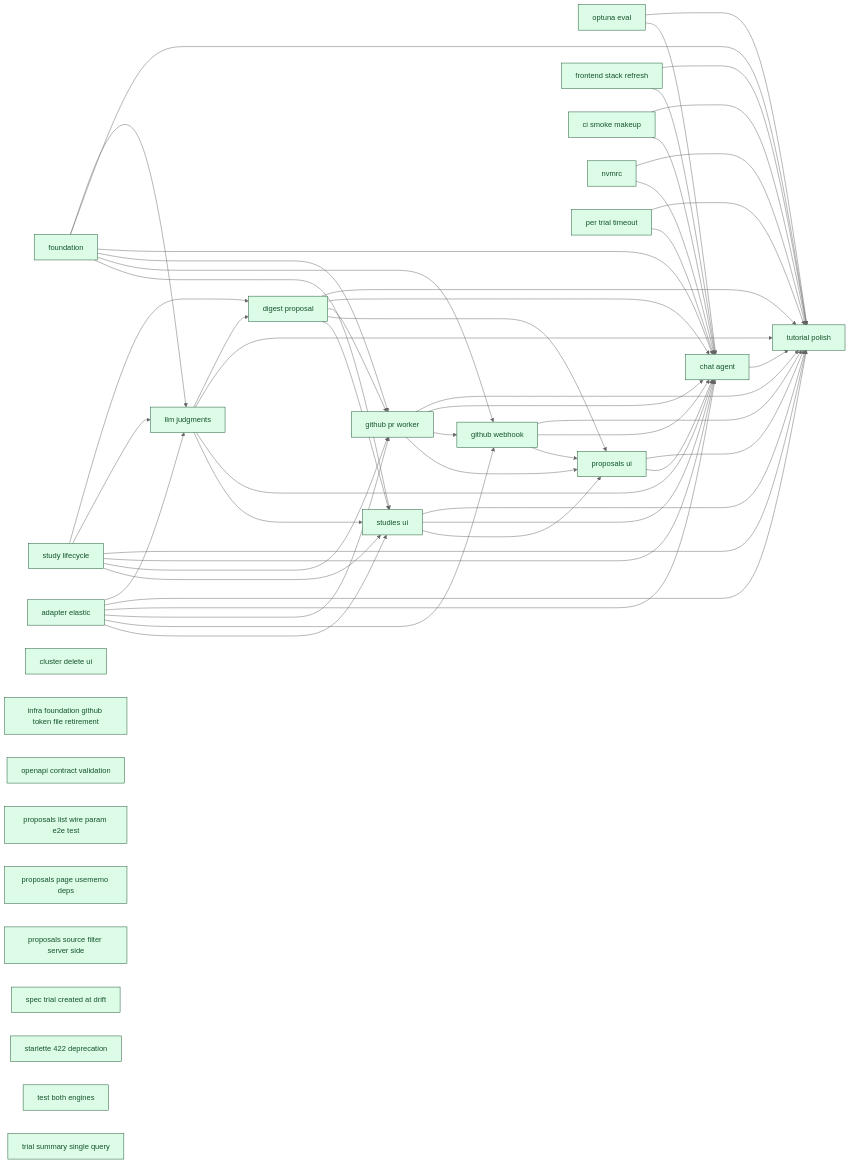
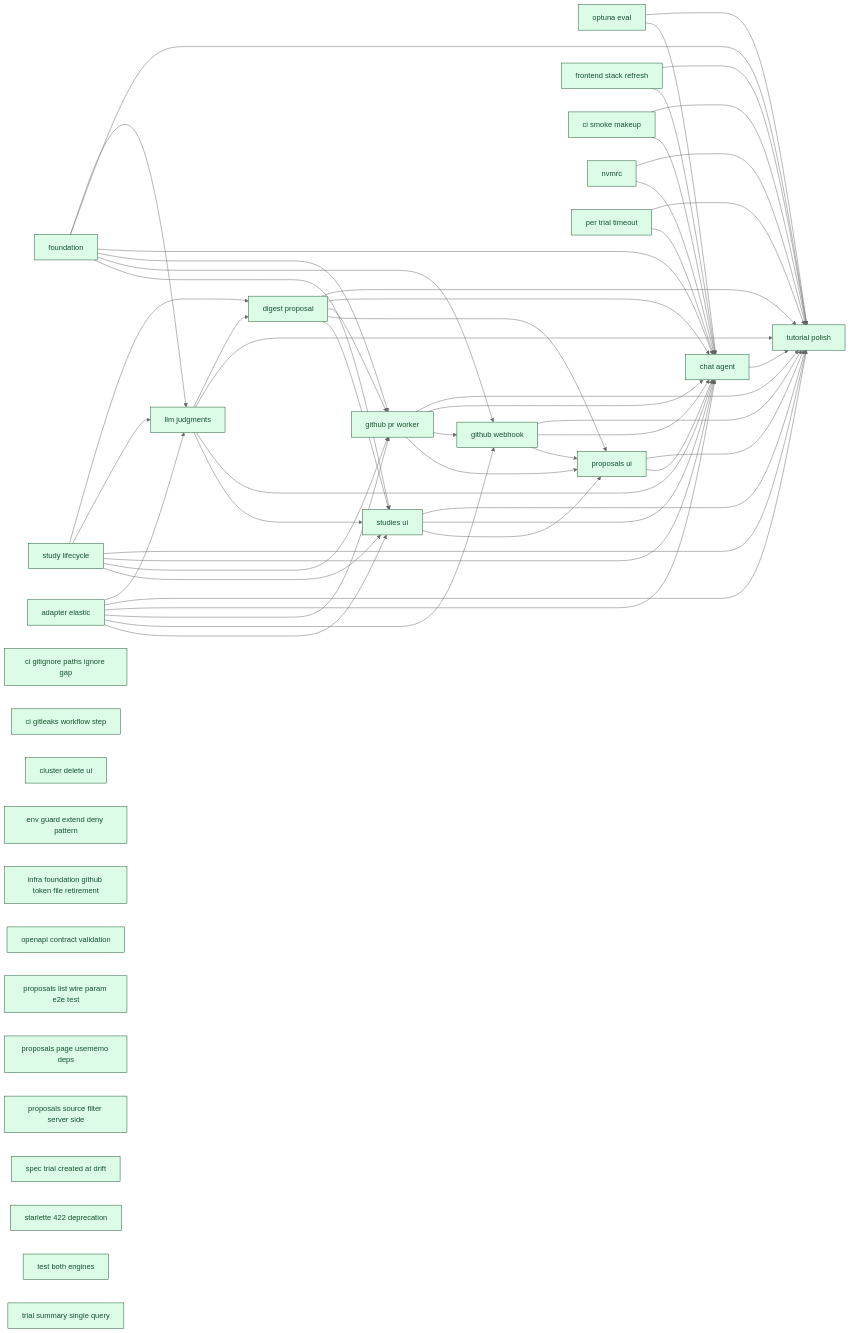
Before and after one commit to SoundMindsAI/relyloop: the diagram in docs/00_overview/MVP1_DASHBOARD.md, drawn with Mermaid (neutral theme). The commit also changed other lines of this file and 5 other files, not shown here.

```diff
--- a/docs/00_overview/MVP1_DASHBOARD.md
+++ b/docs/00_overview/MVP1_DASHBOARD.md
@@ -125,8 +125,14 @@
   class feat_studies_ui done;
   infra_frontend_stack_refresh["frontend stack refresh"]
   class infra_frontend_stack_refresh done;
+  chore_ci_gitignore_paths_ignore_gap["ci gitignore paths ignore gap"]
+  class chore_ci_gitignore_paths_ignore_gap done;
+  chore_ci_gitleaks_workflow_step["ci gitleaks workflow step"]
+  class chore_ci_gitleaks_workflow_step done;
   chore_cluster_delete_ui["cluster delete ui"]
   class chore_cluster_delete_ui done;
+  chore_env_guard_extend_deny_pattern["env guard extend deny pattern"]
+  class chore_env_guard_extend_deny_pattern done;
   chore_infra_foundation_github_token_file_retirement["infra foundation github token file retirement"]
   class chore_infra_foundation_github_token_file_retirement done;
   chore_openapi_contract_validation["openapi contract validation"]
```
